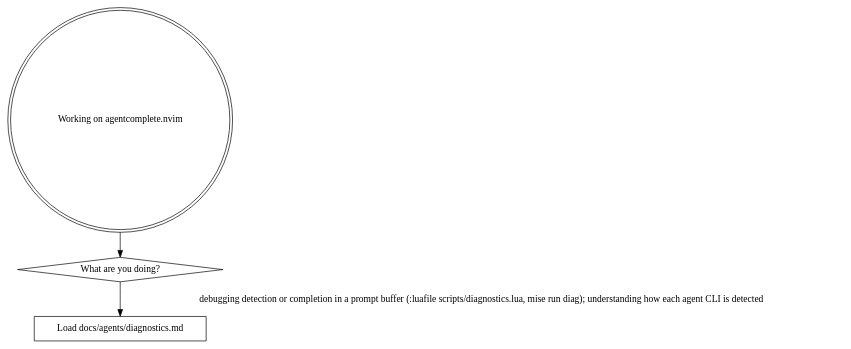
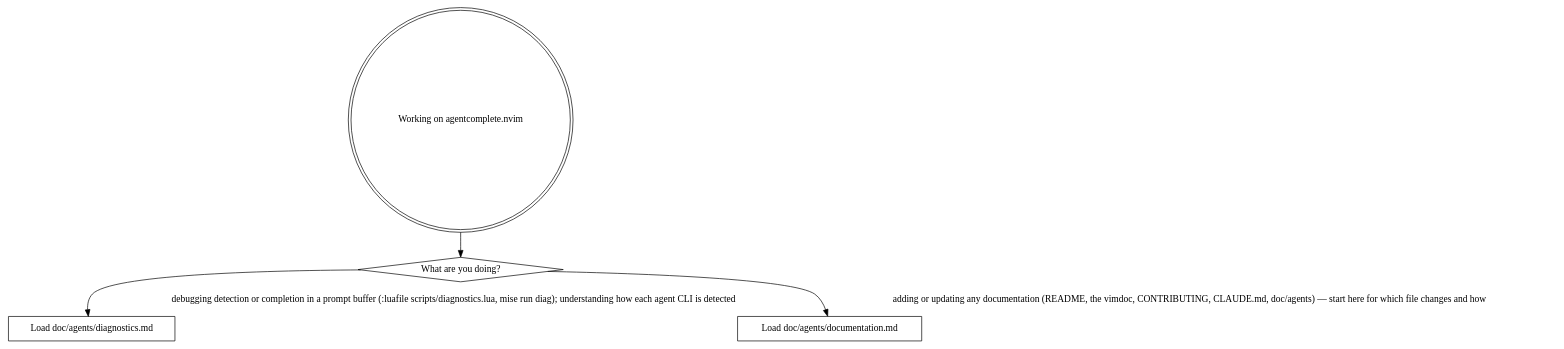
Before and after one commit to macintacos/agentcomplete.nvim: the diagram in CLAUDE.md, drawn with Graphviz. The commit also changed other lines of this file and 13 other files, not shown here.

````diff
--- a/CLAUDE.md
+++ b/CLAUDE.md
@@ -15,10 +15,12 @@
 ```graphviz
 digraph agentcomplete_router {
     "Working on agentcomplete.nvim" [shape=doublecircle];
     "What are you doing?" [shape=diamond];
-    "Load docs/agents/diagnostics.md" [shape=box];
+    "Load doc/agents/diagnostics.md" [shape=box];
+    "Load doc/agents/documentation.md" [shape=box];
 
     "Working on agentcomplete.nvim" -> "What are you doing?";
-    "What are you doing?" -> "Load docs/agents/diagnostics.md" [label="debugging detection or completion in a prompt buffer (:luafile scripts/diagnostics.lua, mise run diag); understanding how each agent CLI is detected"];
+    "What are you doing?" -> "Load doc/agents/diagnostics.md" [label="debugging detection or completion in a prompt buffer (:luafile scripts/diagnostics.lua, mise run diag); understanding how each agent CLI is detected"];
+    "What are you doing?" -> "Load doc/agents/documentation.md" [label="adding or updating any documentation (README, the vimdoc, CONTRIBUTING, CLAUDE.md, doc/agents) — start here for which file changes and how"];
 }
 ```
````
